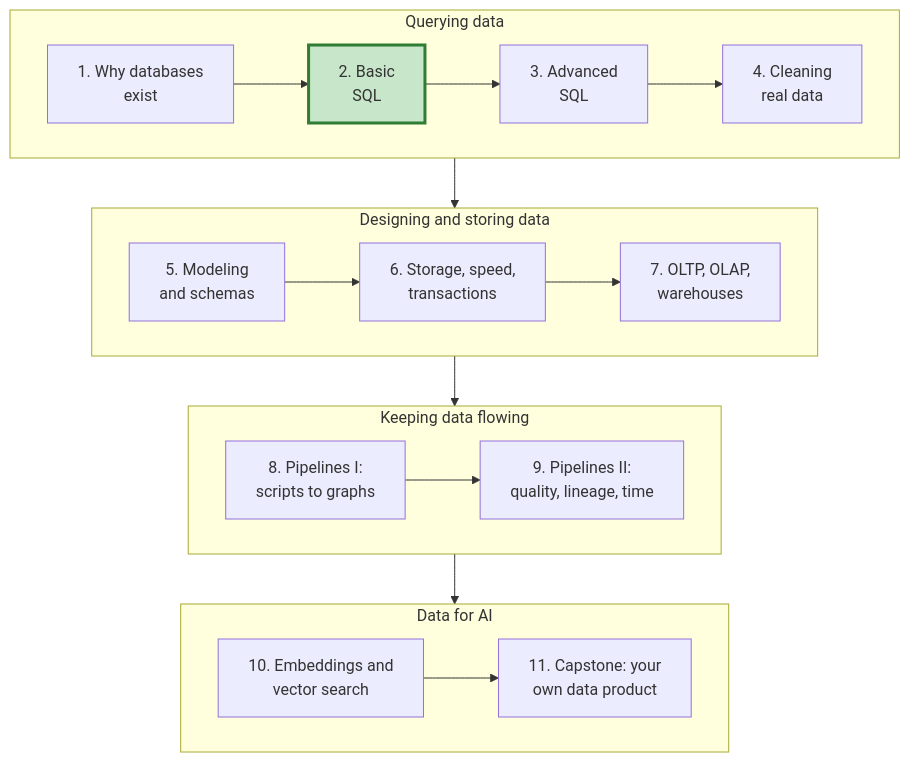
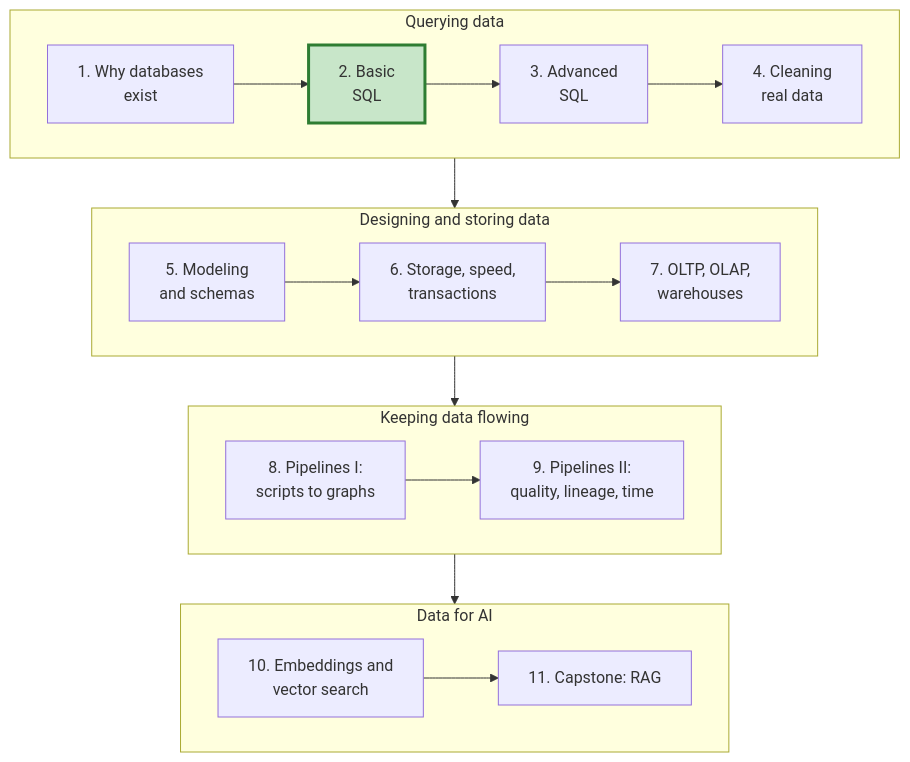
One commit to ubcecon/praxis-ubc changed the diagram in project/docs/Data_Engineer/notebook_02_basic_querying.qmd. Above: the diagram before and after it, drawn with Mermaid. The commit also changed other lines of this file and 4 other files, not shown here.

````diff
--- a/project/docs/Data_Engineer/notebook_02_basic_querying.qmd
+++ b/project/docs/Data_Engineer/notebook_02_basic_querying.qmd
@@ -48,21 +45,21 @@
 ```{mermaid}
 flowchart TB
     subgraph ARC1["Querying data"]
         direction LR
         NB1["1. Why databases<br/>exist"] --> NB2["2. Basic<br/>SQL"] --> NB3["3. Advanced<br/>SQL"] --> NB4["4. Cleaning<br/>real data"]
     end
     subgraph ARC2["Designing and storing data"]
         direction LR
         NB5["5. Modeling<br/>and schemas"] --> NB6["6. Storage, speed,<br/>transactions"] --> NB7["7. OLTP, OLAP,<br/>warehouses"]
     end
     subgraph ARC3["Keeping data flowing"]
         direction LR
         NB8["8. Pipelines I:<br/>scripts to graphs"] --> NB9["9. Pipelines II:<br/>quality, lineage, time"]
     end
     subgraph ARC4["Data for AI"]
         direction LR
-        NB10["10. Embeddings and<br/>vector search"] --> NB11["11. Capstone: your<br/>own data product"]
+        NB10["10. Embeddings and<br/>vector search"] --> NB11["11. Capstone: RAG"]
     end
     ARC1 --> ARC2 --> ARC3 --> ARC4
     style NB2 fill:#c8e6c9,stroke:#2e7d32,stroke-width:3px
 ```
````
